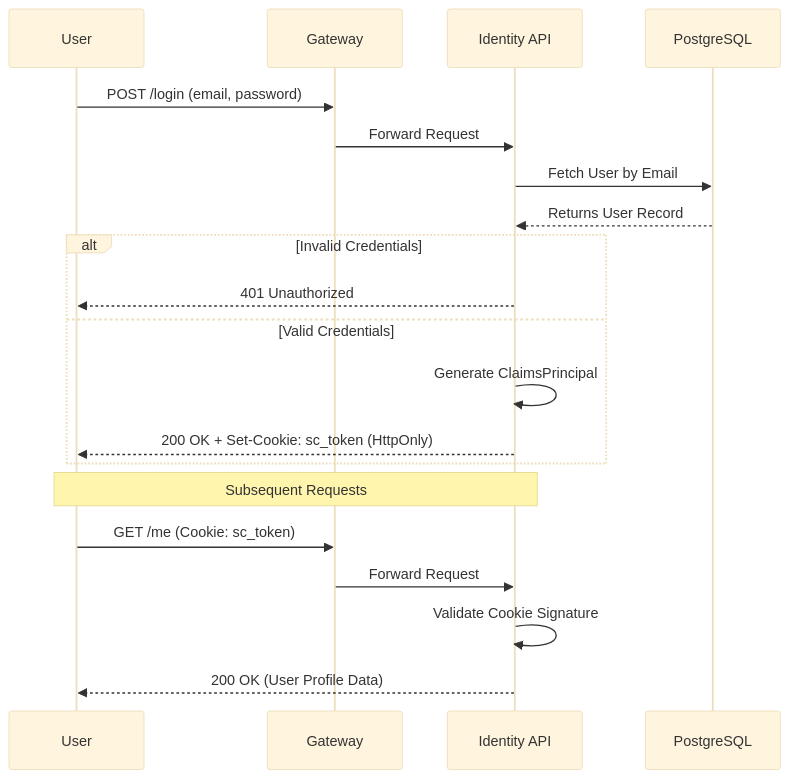
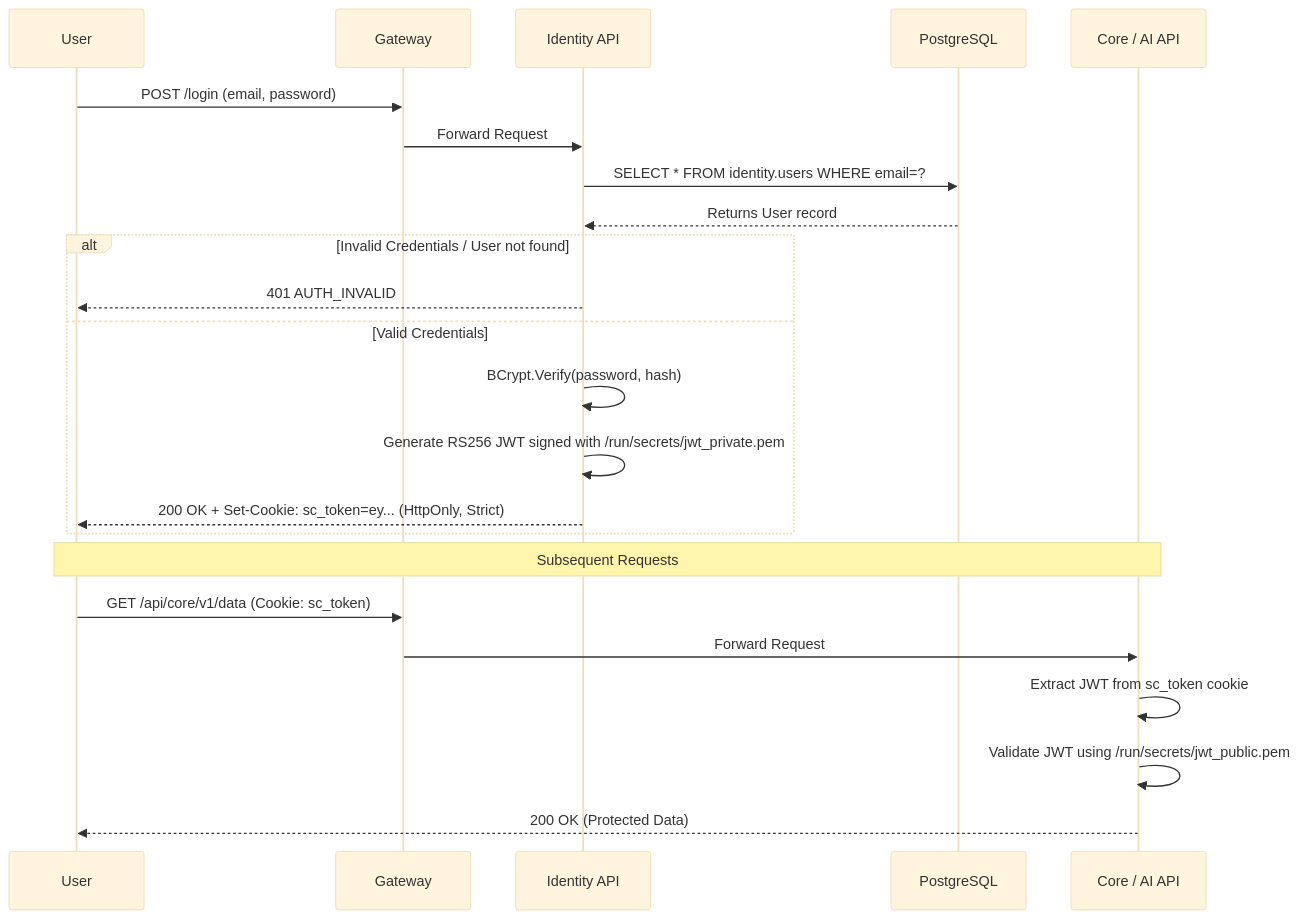
The second of 2 diagrams in services/identity/ARCHITECTURE.md (Shift-Core/ShiftCore-Mission-Control), drawn with Mermaid (base theme) before and after one commit. The commit also changed other lines of this file and 22 other files, not shown here.

````diff
--- a/services/identity/ARCHITECTURE.md
+++ b/services/identity/ARCHITECTURE.md
@@ -45,25 +46,28 @@
 ```mermaid
 sequenceDiagram
     participant User
     participant Gateway
     participant IdentityAPI as Identity API
     participant DB as PostgreSQL
+    participant OtherService as Core / AI API
     
     User->>Gateway: POST /login (email, password)
     Gateway->>IdentityAPI: Forward Request
-    IdentityAPI->>DB: Fetch User by Email
-    DB-->>IdentityAPI: Returns User Record
+    IdentityAPI->>DB: SELECT * FROM identity.users WHERE email=?
+    DB-->>IdentityAPI: Returns User record
     
-    alt Invalid Credentials
-        IdentityAPI-->>User: 401 Unauthorized
+    alt Invalid Credentials / User not found
+        IdentityAPI-->>User: 401 AUTH_INVALID
     else Valid Credentials
-        IdentityAPI->>IdentityAPI: Generate ClaimsPrincipal
-        IdentityAPI-->>User: 200 OK + Set-Cookie: sc_token (HttpOnly)
+        IdentityAPI->>IdentityAPI: BCrypt.Verify(password, hash)
+        IdentityAPI->>IdentityAPI: Generate RS256 JWT signed with /run/secrets/jwt_private.pem
+        IdentityAPI-->>User: 200 OK + Set-Cookie: sc_token=ey... (HttpOnly, Strict)
     end
     
-    Note over User,IdentityAPI: Subsequent Requests
-    User->>Gateway: GET /me (Cookie: sc_token)
-    Gateway->>IdentityAPI: Forward Request
-    IdentityAPI->>IdentityAPI: Validate Cookie Signature
-    IdentityAPI-->>User: 200 OK (User Profile Data)
+    Note over User,OtherService: Subsequent Requests
+    User->>Gateway: GET /api/core/v1/data (Cookie: sc_token)
+    Gateway->>OtherService: Forward Request
+    OtherService->>OtherService: Extract JWT from sc_token cookie
+    OtherService->>OtherService: Validate JWT using /run/secrets/jwt_public.pem
+    OtherService-->>User: 200 OK (Protected Data)
 ```
````
